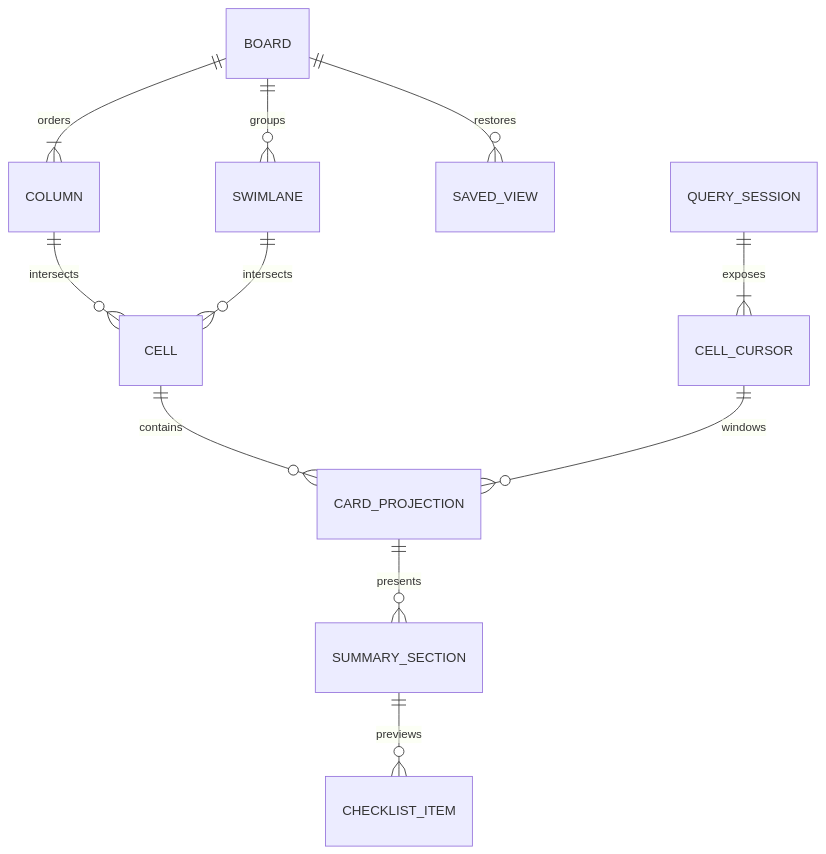
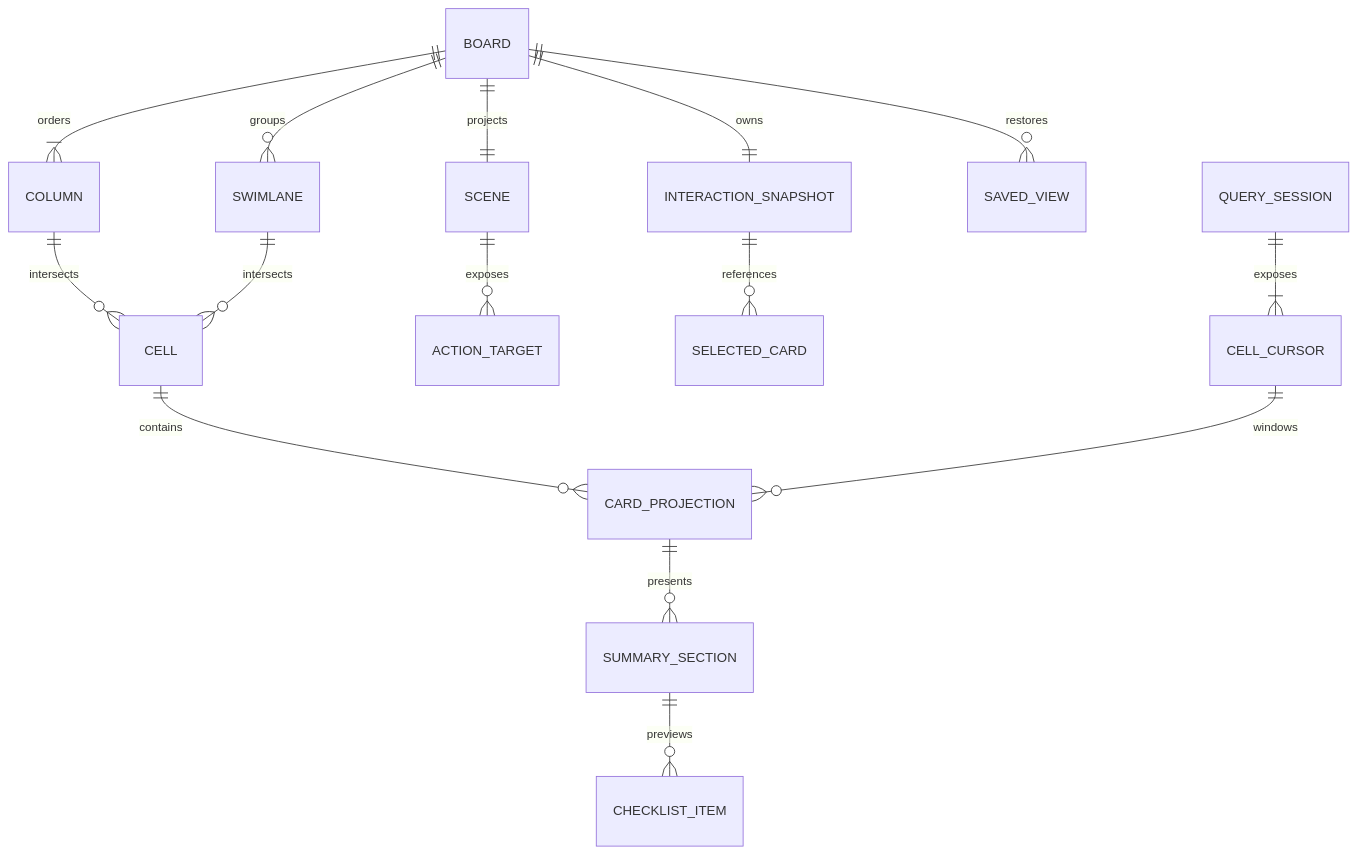
The diagram in docs/architecture/data-model.md (blendsdk/jsvision), drawn with Mermaid before and after one commit. The commit also changed other lines of this file and 6 other files, not shown here.

First line of the commit message:
docs(kanban): update core board architecture

````diff
--- a/docs/architecture/data-model.md
+++ b/docs/architecture/data-model.md
@@ -8,13 +8,17 @@
 ```mermaid
 erDiagram
     BOARD ||--|{ COLUMN : orders
     BOARD ||--o{ SWIMLANE : groups
     COLUMN ||--o{ CELL : intersects
     SWIMLANE ||--o{ CELL : intersects
     CELL ||--o{ CARD_PROJECTION : contains
     CARD_PROJECTION ||--o{ SUMMARY_SECTION : presents
     SUMMARY_SECTION ||--o{ CHECKLIST_ITEM : previews
+    BOARD ||--|| SCENE : projects
+    SCENE ||--o{ ACTION_TARGET : exposes
+    BOARD ||--|| INTERACTION_SNAPSHOT : owns
+    INTERACTION_SNAPSHOT ||--o{ SELECTED_CARD : references
     BOARD ||--o{ SAVED_VIEW : restores
     QUERY_SESSION ||--|{ CELL_CURSOR : exposes
     CELL_CURSOR ||--o{ CARD_PROJECTION : windows
 ```
````
